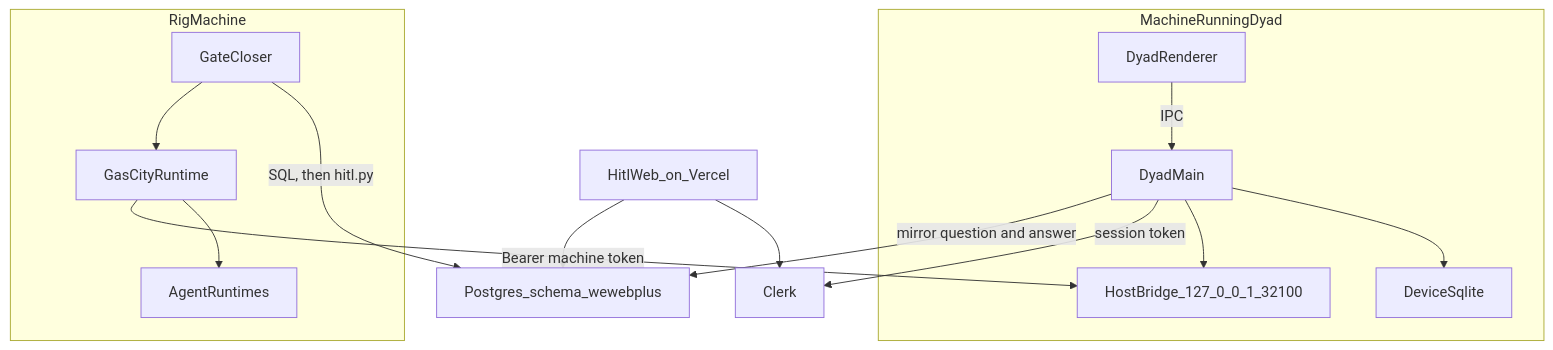
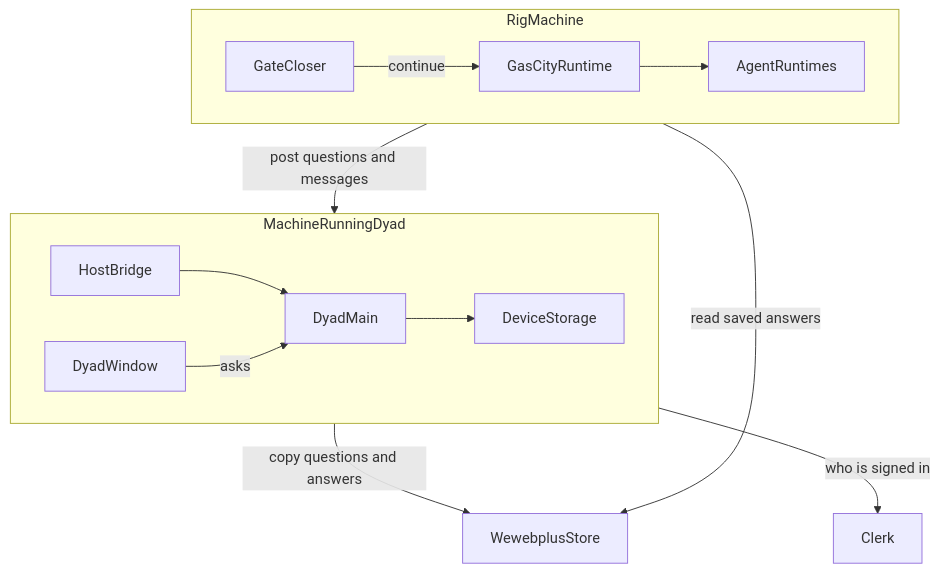
Before and after one commit to Awannaphasch2016/dyad: the second of 6 diagrams in docs/multi-tenant-hitl-architecture.md, drawn with Mermaid. The commit also changed other lines of this file, not shown here.

First line of the commit message:
docs: rewrite multi-tenant HITL architecture for non-builder readers

````diff
--- a/docs/multi-tenant-hitl-architecture.md
+++ b/docs/multi-tenant-hitl-architecture.md
@@ -116,31 +96,30 @@
 ```mermaid
 flowchart TB
-  subgraph device [MachineRunningDyad]
-    renderer[DyadRenderer]
-    mainProc[DyadMain]
-    sqlite[DeviceSqlite]
-    bridge[HostBridge_127_0_0_1_32100]
-  end
-
   subgraph rig [RigMachine]
+    direction LR
+    closer[GateCloser]
     gascity[GasCityRuntime]
     agentProc[AgentRuntimes]
-    closer[GateCloser]
   end
 
   clerk[Clerk]
-  postgres[Postgres_schema_wewebplus]
-  hitlWeb[HitlWeb_on_Vercel]
+  store[WewebplusStore]
 
-  renderer -->|"IPC"| mainProc
-  mainProc --> sqlite
-  mainProc --> bridge
-  mainProc -->|"session token"| clerk
-  mainProc -->|"mirror question and answer"| postgres
+  subgraph device [MachineRunningDyad]
+    direction LR
+    bridge[HostBridge]
+    mainProc[DyadMain]
+    renderer[DyadWindow]
+    storage[DeviceStorage]
+  end
+
+  closer -->|"continue"| gascity
   gascity --> agentProc
-  gascity -->|"Bearer machine token"| bridge
-  closer -->|"SQL, then hitl.py"| postgres
-  closer --> gascity
-  hitlWeb --> clerk
-  hitlWeb --> postgres
+  gascity -->|"post questions and messages"| bridge
+  bridge --> mainProc
+  renderer -->|"asks"| mainProc
+  mainProc --> storage
+  mainProc -->|"who is signed in"| clerk
+  mainProc -->|"copy questions and answers"| store
+  closer -->|"read saved answers"| store
 ```
````
